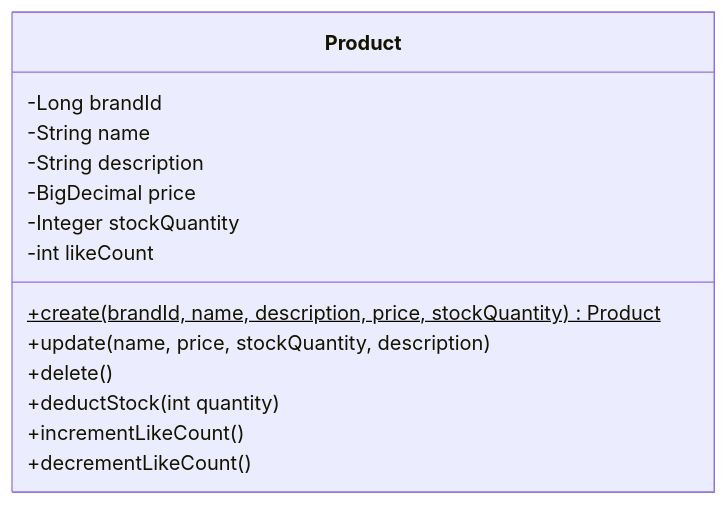
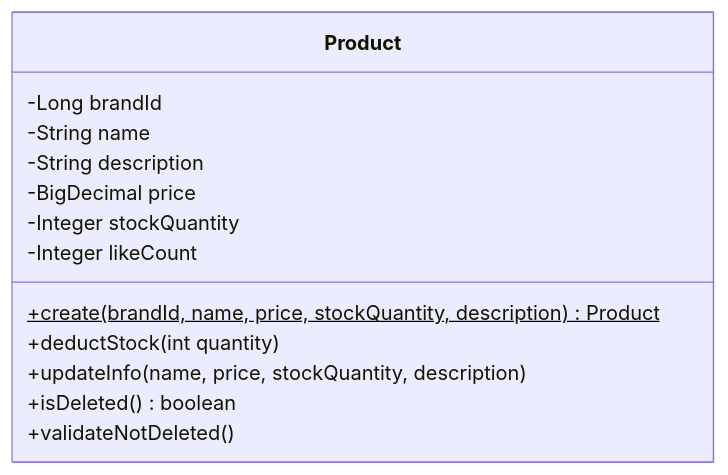
The diagram in docs/design/product/class-diagram.md (Loopers-dev-lab/loop-pack-be-l2-vol3-java), drawn with Mermaid before and after one commit. The commit also changed other lines of this file and 5 other files, not shown here.

````diff
--- a/docs/design/product/class-diagram.md
+++ b/docs/design/product/class-diagram.md
@@ -8,17 +8,16 @@
 ```mermaid
 classDiagram
     class Product {
         -Long brandId
         -String name
         -String description
         -BigDecimal price
         -Integer stockQuantity
-        -int likeCount
-        +create(brandId, name, description, price, stockQuantity)$ Product
-        +update(name, price, stockQuantity, description)
-        +delete()
+        -Integer likeCount
+        +create(brandId, name, price, stockQuantity, description)$ Product
         +deductStock(int quantity)
-        +incrementLikeCount()
-        +decrementLikeCount()
+        +updateInfo(name, price, stockQuantity, description)
+        +isDeleted() boolean
+        +validateNotDeleted()
     }
 ```
````
